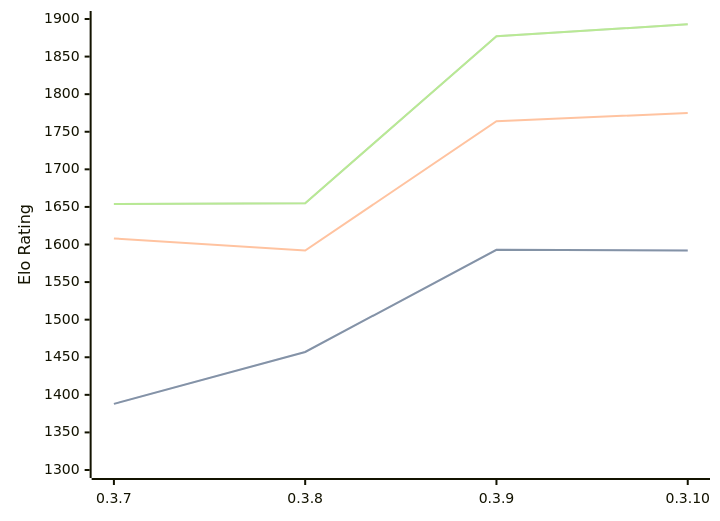
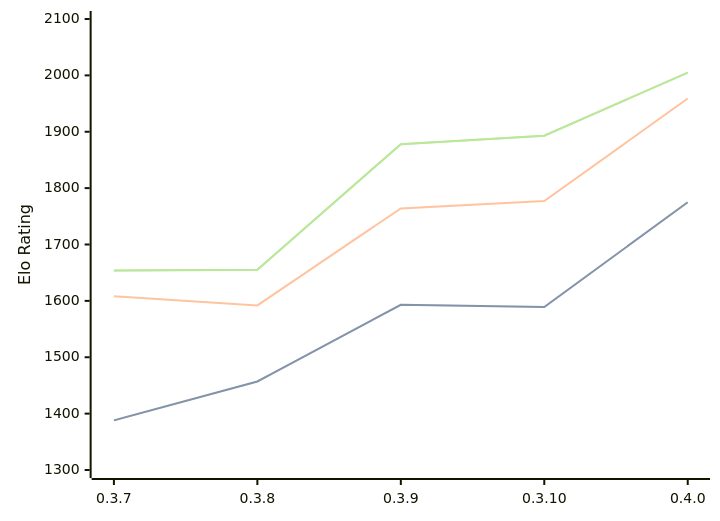
Before and after one commit to computer-chess-index/cci: the diagram in engines/Arche.md, drawn with Mermaid. The commit also changed other lines of this file, not shown here.

Commit message:
Update CCI Ratings (ELO VLTC) - 2026-08-29

````diff
--- a/engines/Arche.md
+++ b/engines/Arche.md
@@ -34,11 +35,11 @@
 ```mermaid
 %%{init: {"theme":"base","themeVariables":{"seriesColors:['#a3a3a3','#222221','#faa371']}}}%%
 xychart-beta
-  x-axis ["0.3.7", "0.3.8", "0.3.9", "0.3.10"]
-  y-axis "Elo Rating" 1300 --> 1900
-  line "" [1388, 1457, 1593, 1592]
-  line "STC (8.0+0.08s)" [1388, 1457, 1593, 1592]
-  line "LTC (60.0+0.60s)" [1608, 1592, 1764, 1775]
-  line "" [1654, 1655, 1877, 1893]
-  line "VLTC (2m24s+1.12s)" [1654, 1655, 1877, 1893]
+  x-axis ["0.3.7", "0.3.8", "0.3.9", "0.3.10", "0.4.0"]
+  y-axis "Elo Rating" 1300 --> 2100
+  line "" [1388, 1457, 1593, 1589, 1775]
+  line "STC (8.0+0.08s)" [1388, 1457, 1593, 1589, 1775]
+  line "LTC (60.0+0.60s)" [1608, 1592, 1764, 1777, 1959]
+  line "" [1654, 1655, 1878, 1893, 2005]
+  line "VLTC (2m24s+1.12s)" [1654, 1655, 1878, 1893, 2005]
 ```
````
